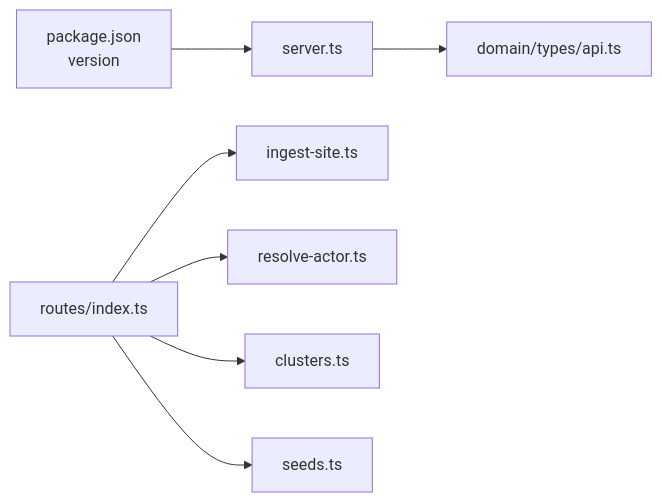
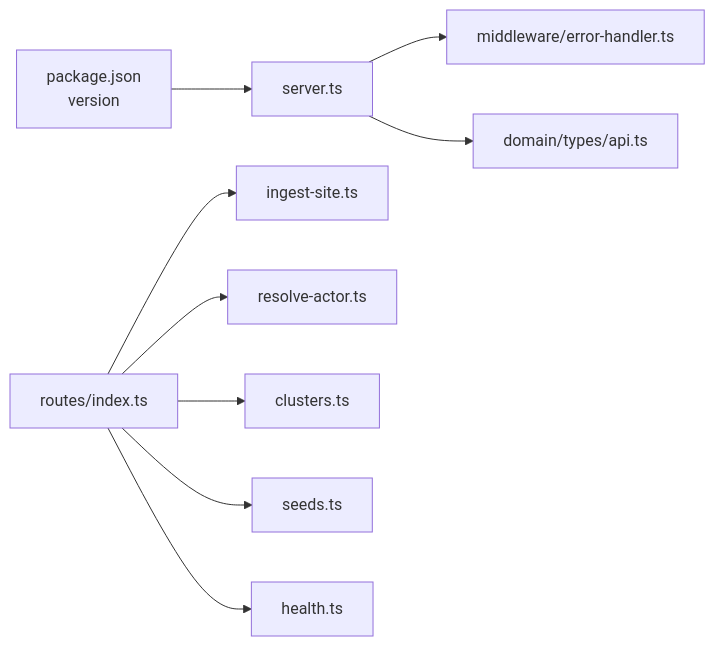
Before and after one commit to vishnusaibhosekar/ares: the third of 3 diagrams in .qoder/repowiki/en/content/API Reference/API Reference.md, drawn with Mermaid. The commit also changed other lines of this file and 21 other files, not shown here.

````diff
--- a/.qoder/repowiki/en/content/API Reference/API Reference.md
+++ b/.qoder/repowiki/en/content/API Reference/API Reference.md
@@ -345,17 +366,21 @@
 ```mermaid
 graph LR
 Pkg["package.json<br/>version"]
 Server["server.ts"]
 RoutesIdx["routes/index.ts"]
 Ingest["ingest-site.ts"]
 Resolve["resolve-actor.ts"]
 Clusters["clusters.ts"]
 Seeds["seeds.ts"]
+Health["health.ts"]
 Types["domain/types/api.ts"]
+ErrorHandler["middleware/error-handler.ts"]
 Pkg --> Server
 RoutesIdx --> Ingest
 RoutesIdx --> Resolve
 RoutesIdx --> Clusters
 RoutesIdx --> Seeds
+RoutesIdx --> Health
+Server --> ErrorHandler
 Server --> Types
 ```
````
